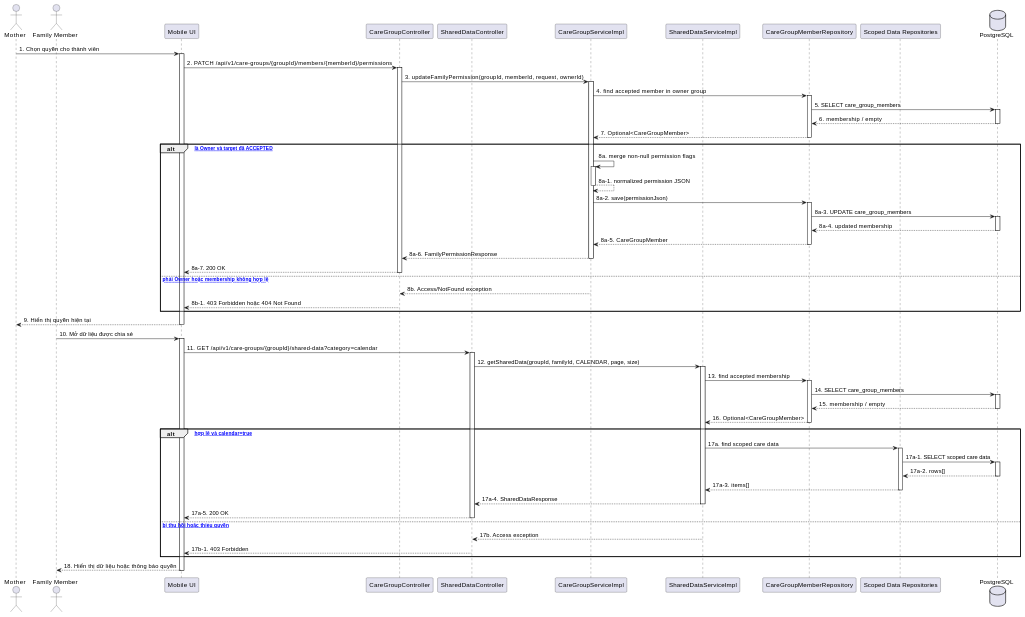
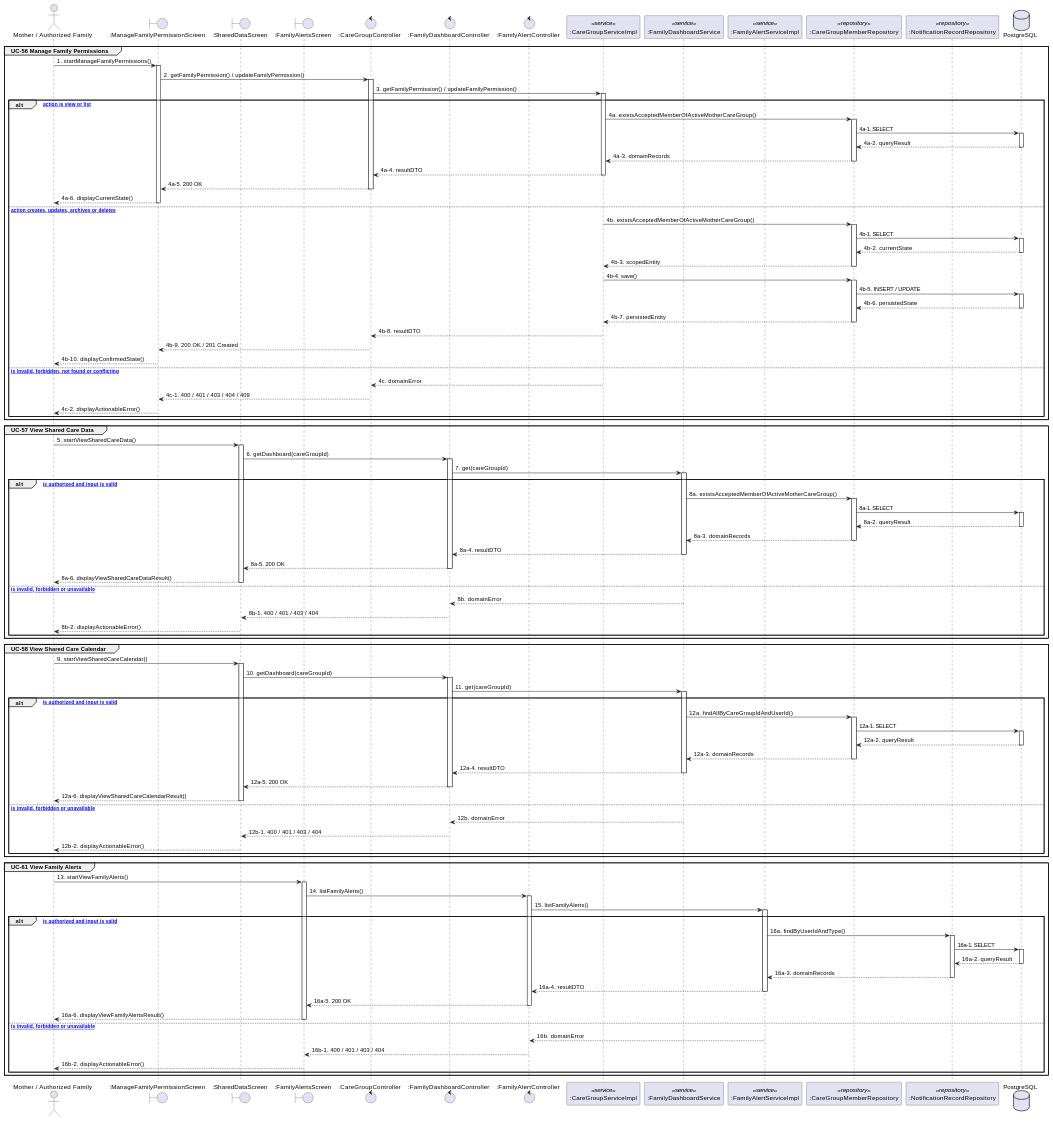
Before and after one commit to ChuongBDHE172784/CareBridge_SEP490_G79: the second of 2 diagrams in docs/Detailed_Design/MF08_Family_Sync_Cooperative_Care/02_Family_Permission_Shared_Visibility.md, drawn with PlantUML. The commit also changed other lines of this file and 111 other files, not shown here.

````diff
--- a/docs/Detailed_Design/MF08_Family_Sync_Cooperative_Care/02_Family_Permission_Shared_Visibility.md
+++ b/docs/Detailed_Design/MF08_Family_Sync_Cooperative_Care/02_Family_Permission_Shared_Visibility.md
@@ -45,90 +130,171 @@
 ```plantuml
-@startuml MF08_02_FamilyPermission_SequenceDiagram
-actor "Mother" as M
-actor "Family Member" as F
-participant "Mobile UI" as UI
-participant "CareGroupController" as GroupController
-participant "SharedDataController" as SharedController
-participant "CareGroupServiceImpl" as GroupService
-participant "SharedDataServiceImpl" as SharedService
-participant "CareGroupMemberRepository" as MemberRepo
-participant "Scoped Data Repositories" as DataRepo
+@startuml MF08_02_FamilyPermissionsandSharedCareVisibility_SequenceDiagram
+skinparam shadowing false
+
+actor "Mother / Authorized Family" as Actor
+boundary ":ManageFamilyPermissionScreen" as UI1
+boundary ":SharedDataScreen" as UI2
+boundary ":FamilyAlertsScreen" as UI3
+control ":CareGroupController" as Controller1
+control ":FamilyDashboardController" as Controller2
+control ":FamilyAlertController" as Controller3
+participant ":CareGroupServiceImpl" as Service1 <<service>>
+participant ":FamilyDashboardService" as Service2 <<service>>
+participant ":FamilyAlertServiceImpl" as Service3 <<service>>
+participant ":CareGroupMemberRepository" as Repository1 <<repository>>
+participant ":NotificationRecordRepository" as Repository2 <<repository>>
 database "PostgreSQL" as DB
 
-M -> UI : 1. Chọn quyền cho thành viên
-activate UI
-UI -> GroupController : 2. PATCH /api/v1/care-groups/{groupId}/members/{memberId}/permissions
-activate GroupController
-GroupController -> GroupService : 3. updateFamilyPermission(groupId, memberId, request, ownerId)
-activate GroupService
-GroupService -> MemberRepo : 4. find accepted member in owner group
-activate MemberRepo
-MemberRepo -> DB : 5. SELECT care_group_members
-activate DB
-DB --> MemberRepo : 6. membership / empty
-deactivate DB
-MemberRepo --> GroupService : 7. Optional<CareGroupMember>
-deactivate MemberRepo
-alt [caller là Owner và target đã ACCEPTED]
-  GroupService -> GroupService : 8a. merge non-null permission flags
-  activate GroupService
-  GroupService --> GroupService : 8a-1. normalized permission JSON
-  deactivate GroupService
-  GroupService -> MemberRepo : 8a-2. save(permissionJson)
-  activate MemberRepo
-  MemberRepo -> DB : 8a-3. UPDATE care_group_members
-  activate DB
-  DB --> MemberRepo : 8a-4. updated membership
-  deactivate DB
-  MemberRepo --> GroupService : 8a-5. CareGroupMember
-  deactivate MemberRepo
-  GroupService --> GroupController : 8a-6. FamilyPermissionResponse
-  deactivate GroupService
-  GroupController --> UI : 8a-7. 200 OK
-  deactivate GroupController
-else [không phải Owner hoặc membership không hợp lệ]
-  GroupService --> GroupController : 8b. Access/NotFound exception
-  deactivate GroupService
-  GroupController --> UI : 8b-1. 403 Forbidden hoặc 404 Not Found
-  deactivate GroupController
+group UC-56 Manage Family Permissions
+  Actor -> UI1 : 1. startManageFamilyPermissions()
+  activate UI1
+  UI1 -> Controller1 : 2. getFamilyPermission() / updateFamilyPermission()
+  activate Controller1
+  Controller1 -> Service1 : 3. getFamilyPermission() / updateFamilyPermission()
+  activate Service1
+  alt [selected action is view or list]
+    Service1 -> Repository1 : 4a. existsAcceptedMemberOfActiveMotherCareGroup()
+    activate Repository1
+    Repository1 -> DB : 4a-1. SELECT
+    activate DB
+    DB --> Repository1 : 4a-2. queryResult
+    deactivate DB
+    Repository1 --> Service1 : 4a-3. domainRecords
+    deactivate Repository1
+    Service1 --> Controller1 : 4a-4. resultDTO
+    deactivate Service1
+    Controller1 --> UI1 : 4a-5. 200 OK
+    deactivate Controller1
+    UI1 --> Actor : 4a-6. displayCurrentState()
+    deactivate UI1
+  else [selected action creates, updates, archives or deletes]
+    Service1 -> Repository1 : 4b. existsAcceptedMemberOfActiveMotherCareGroup()
+    activate Repository1
+    Repository1 -> DB : 4b-1. SELECT
+    activate DB
+    DB --> Repository1 : 4b-2. currentState
+    deactivate DB
+    Repository1 --> Service1 : 4b-3. scopedEntity
+    deactivate Repository1
+    Service1 -> Repository1 : 4b-4. save()
+    activate Repository1
+    Repository1 -> DB : 4b-5. INSERT / UPDATE
+    activate DB
+    DB --> Repository1 : 4b-6. persistedState
+    deactivate DB
+    Repository1 --> Service1 : 4b-7. persistedEntity
+    deactivate Repository1
+    Service1 --> Controller1 : 4b-8. resultDTO
+    deactivate Service1
+    Controller1 --> UI1 : 4b-9. 200 OK / 201 Created
+    deactivate Controller1
+    UI1 --> Actor : 4b-10. displayConfirmedState()
+    deactivate UI1
+  else [request is invalid, forbidden, not found or conflicting]
+    Service1 --> Controller1 : 4c. domainError
+    deactivate Service1
+    Controller1 --> UI1 : 4c-1. 400 / 401 / 403 / 404 / 409
+    deactivate Controller1
+    UI1 --> Actor : 4c-2. displayActionableError()
+    deactivate UI1
+  end
 end
-UI --> M : 9. Hiển thị quyền hiện tại
-deactivate UI
 
-F -> UI : 10. Mở dữ liệu được chia sẻ
-activate UI
-UI -> SharedController : 11. GET /api/v1/care-groups/{groupId}/shared-data?category=calendar
-activate SharedController
-SharedController -> SharedService : 12. getSharedData(groupId, familyId, CALENDAR, page, size)
-activate SharedService
-SharedService -> MemberRepo : 13. find accepted membership
-activate MemberRepo
-MemberRepo -> DB : 14. SELECT care_group_members
-activate DB
-DB --> MemberRepo : 15. membership / empty
-deactivate DB
-MemberRepo --> SharedService : 16. Optional<CareGroupMember>
-deactivate MemberRepo
-alt [membership hợp lệ và calendar=true]
-  SharedService -> DataRepo : 17a. find scoped care data
-  activate DataRepo
-  DataRepo -> DB : 17a-1. SELECT scoped care data
-  activate DB
-  DB --> DataRepo : 17a-2. rows[]
-  deactivate DB
-  DataRepo --> SharedService : 17a-3. items[]
-  deactivate DataRepo
-  SharedService --> SharedController : 17a-4. SharedDataResponse
-  deactivate SharedService
-  SharedController --> UI : 17a-5. 200 OK
-  deactivate SharedController
-else [membership bị thu hồi hoặc thiếu quyền]
-  SharedService --> SharedController : 17b. Access exception
-  deactivate SharedService
-  SharedController --> UI : 17b-1. 403 Forbidden
-  deactivate SharedController
+group UC-57 View Shared Care Data
+  Actor -> UI2 : 5. startViewSharedCareData()
+  activate UI2
+  UI2 -> Controller2 : 6. getDashboard(careGroupId)
+  activate Controller2
+  Controller2 -> Service2 : 7. get(careGroupId)
+  activate Service2
+  alt [request is authorized and input is valid]
+    Service2 -> Repository1 : 8a. existsAcceptedMemberOfActiveMotherCareGroup()
+    activate Repository1
+    Repository1 -> DB : 8a-1. SELECT
+    activate DB
+    DB --> Repository1 : 8a-2. queryResult
+    deactivate DB
+    Repository1 --> Service2 : 8a-3. domainRecords
+    deactivate Repository1
+    Service2 --> Controller2 : 8a-4. resultDTO
+    deactivate Service2
+    Controller2 --> UI2 : 8a-5. 200 OK
+    deactivate Controller2
+    UI2 --> Actor : 8a-6. displayViewSharedCareDataResult()
+    deactivate UI2
+  else [request is invalid, forbidden or unavailable]
+    Service2 --> Controller2 : 8b. domainError
+    deactivate Service2
+    Controller2 --> UI2 : 8b-1. 400 / 401 / 403 / 404
+    deactivate Controller2
+    UI2 --> Actor : 8b-2. displayActionableError()
+    deactivate UI2
+  end
 end
-UI --> F : 18. Hiển thị dữ liệu hoặc thông báo quyền
-deactivate UI
+
+group UC-58 View Shared Care Calendar
+  Actor -> UI2 : 9. startViewSharedCareCalendar()
+  activate UI2
+  UI2 -> Controller2 : 10. getDashboard(careGroupId)
+  activate Controller2
+  Controller2 -> Service2 : 11. get(careGroupId)
+  activate Service2
+  alt [request is authorized and input is valid]
+    Service2 -> Repository1 : 12a. findAllByCareGroupIdAndUserId()
+    activate Repository1
+    Repository1 -> DB : 12a-1. SELECT
+    activate DB
+    DB --> Repository1 : 12a-2. queryResult
+    deactivate DB
+    Repository1 --> Service2 : 12a-3. domainRecords
+    deactivate Repository1
+    Service2 --> Controller2 : 12a-4. resultDTO
+    deactivate Service2
+    Controller2 --> UI2 : 12a-5. 200 OK
+    deactivate Controller2
+    UI2 --> Actor : 12a-6. displayViewSharedCareCalendarResult()
+    deactivate UI2
+  else [request is invalid, forbidden or unavailable]
+    Service2 --> Controller2 : 12b. domainError
+    deactivate Service2
+    Controller2 --> UI2 : 12b-1. 400 / 401 / 403 / 404
+    deactivate Controller2
+    UI2 --> Actor : 12b-2. displayActionableError()
+    deactivate UI2
+  end
+end
+
+group UC-61 View Family Alerts
+  Actor -> UI3 : 13. startViewFamilyAlerts()
+  activate UI3
+  UI3 -> Controller3 : 14. listFamilyAlerts()
+  activate Controller3
+  Controller3 -> Service3 : 15. listFamilyAlerts()
+  activate Service3
+  alt [request is authorized and input is valid]
+    Service3 -> Repository2 : 16a. findByUserIdAndType()
+    activate Repository2
+    Repository2 -> DB : 16a-1. SELECT
+    activate DB
+    DB --> Repository2 : 16a-2. queryResult
+    deactivate DB
+    Repository2 --> Service3 : 16a-3. domainRecords
+    deactivate Repository2
+    Service3 --> Controller3 : 16a-4. resultDTO
+    deactivate Service3
+    Controller3 --> UI3 : 16a-5. 200 OK
+    deactivate Controller3
+    UI3 --> Actor : 16a-6. displayViewFamilyAlertsResult()
+    deactivate UI3
+  else [request is invalid, forbidden or unavailable]
+    Service3 --> Controller3 : 16b. domainError
+    deactivate Service3
+    Controller3 --> UI3 : 16b-1. 400 / 401 / 403 / 404
+    deactivate Controller3
+    UI3 --> Actor : 16b-2. displayActionableError()
+    deactivate UI3
+  end
+end
+
 @enduml
 ```
````
